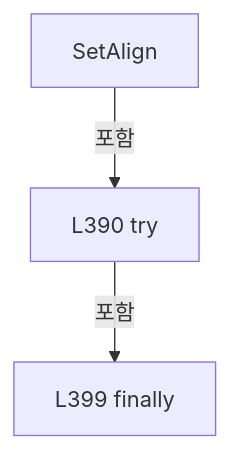
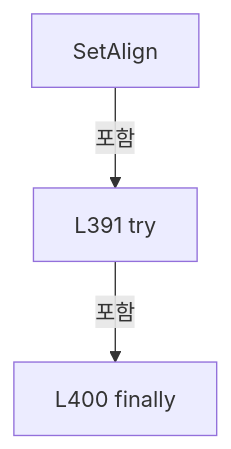
Before and after one commit to kjuws10-rgb/Shared: the ninth of 27 diagrams in A3 LD Code Ref/files/Drilling.Common/Product/CProductManager.cs.md, drawn with Mermaid. The commit also changed other lines of this file and 8055 other files, not shown here.

Commit message:
docs(a3): trace Stage Glass Data and refresh architecture and full code reference

````diff
--- a/A3 LD Code Ref/files/Drilling.Common/Product/CProductManager.cs.md
+++ b/A3 LD Code Ref/files/Drilling.Common/Product/CProductManager.cs.md
@@ -1399,8 +1400,8 @@
 ```mermaid
 flowchart TD
  M["SetAlign"]
- N0["L390 try"]
+ N0["L391 try"]
  M -->|포함| N0
- N1["L399 finally"]
+ N1["L400 finally"]
  N0 -->|포함| N1
 ```
````
